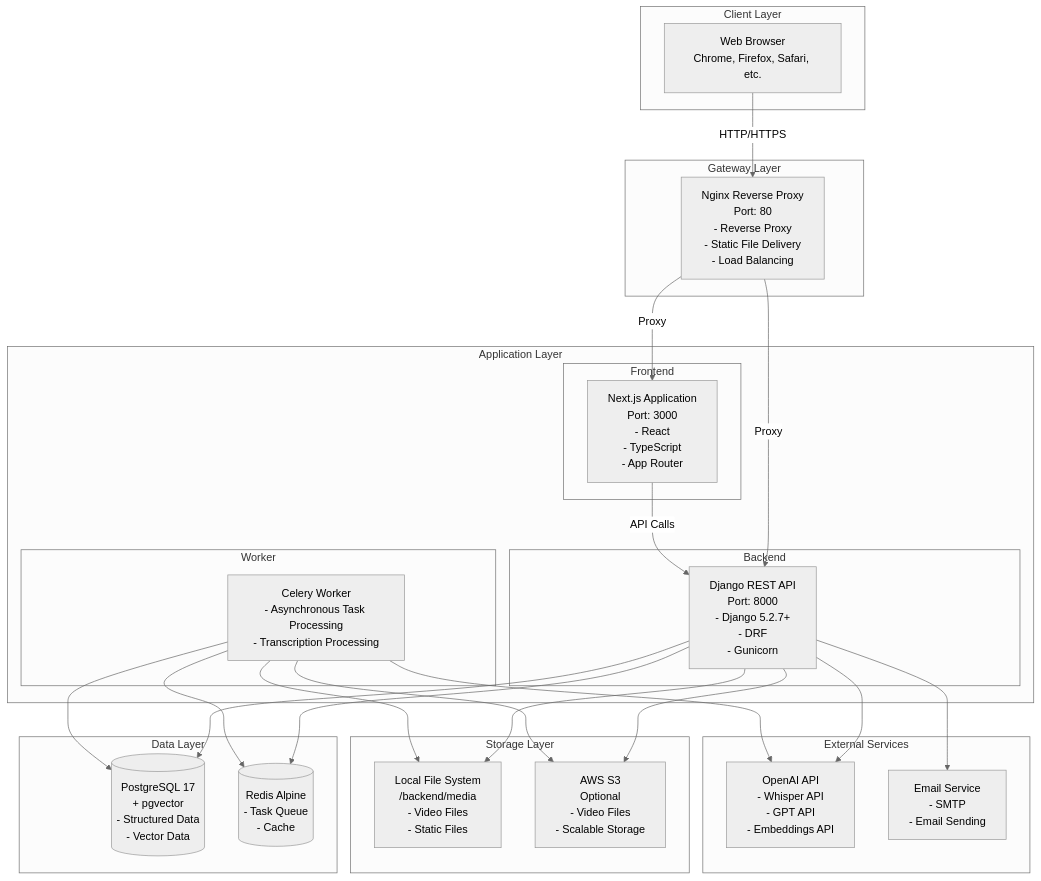
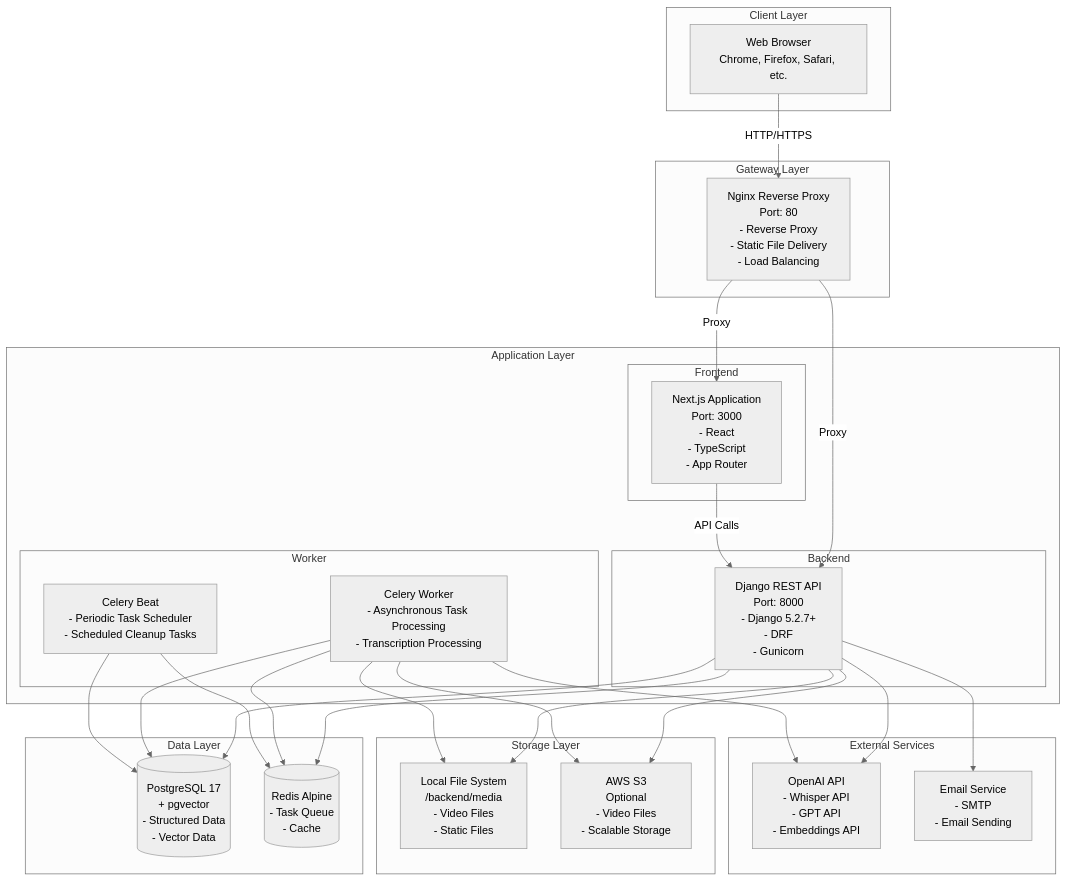
The first of 7 diagrams in docs/architecture/system-configuration-diagram.md (yukiharada1228/videoq), drawn with Mermaid (neutral theme) before and after one commit. The commit also changed other lines of this file and 5 other files, not shown here.

````diff
--- a/docs/architecture/system-configuration-diagram.md
+++ b/docs/architecture/system-configuration-diagram.md
@@ -9,55 +9,58 @@
 ```mermaid
 graph TB
     subgraph Client["Client Layer"]
         Browser[Web Browser<br/>Chrome, Firefox, Safari, etc.]
     end
     
     subgraph Gateway["Gateway Layer"]
         Nginx[Nginx Reverse Proxy<br/>Port: 80<br/>- Reverse Proxy<br/>- Static File Delivery<br/>- Load Balancing]
     end
     
     subgraph Application["Application Layer"]
         subgraph Frontend["Frontend"]
             NextJS[Next.js Application<br/>Port: 3000<br/>- React<br/>- TypeScript<br/>- App Router]
         end
         
         subgraph Backend["Backend"]
             Django[Django REST API<br/>Port: 8000<br/>- Django 5.2.7+<br/>- DRF<br/>- Gunicorn]
         end
         
         subgraph Worker["Worker"]
             Celery[Celery Worker<br/>- Asynchronous Task Processing<br/>- Transcription Processing]
+            CeleryBeat[Celery Beat<br/>- Periodic Task Scheduler<br/>- Scheduled Cleanup Tasks]
         end
     end
     
     subgraph Data["Data Layer"]
         PostgreSQL[(PostgreSQL 17<br/>+ pgvector<br/>- Structured Data<br/>- Vector Data)]
         Redis[(Redis Alpine<br/>- Task Queue<br/>- Cache)]
     end
     
     subgraph Storage["Storage Layer"]
         LocalFS[Local File System<br/>/backend/media<br/>- Video Files<br/>- Static Files]
         S3[AWS S3<br/>Optional<br/>- Video Files<br/>- Scalable Storage]
     end
     
     subgraph External["External Services"]
         OpenAI[OpenAI API<br/>- Whisper API<br/>- GPT API<br/>- Embeddings API]
         Email[Email Service<br/>- SMTP<br/>- Email Sending]
     end
     
     Browser -->|HTTP/HTTPS| Nginx
     Nginx -->|Proxy| NextJS
     Nginx -->|Proxy| Django
     NextJS -->|API Calls| Django
     Django --> PostgreSQL
     Django --> Redis
     Django --> LocalFS
     Django --> S3
     Django --> OpenAI
     Django --> Email
     Celery --> Redis
     Celery --> PostgreSQL
     Celery --> LocalFS
     Celery --> S3
     Celery --> OpenAI
+    CeleryBeat --> Redis
+    CeleryBeat --> PostgreSQL
 ```
````
